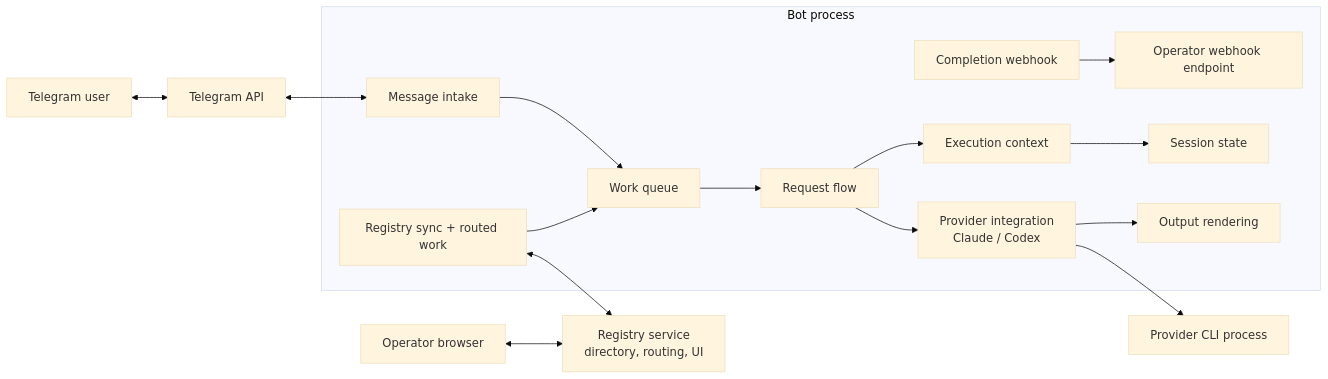
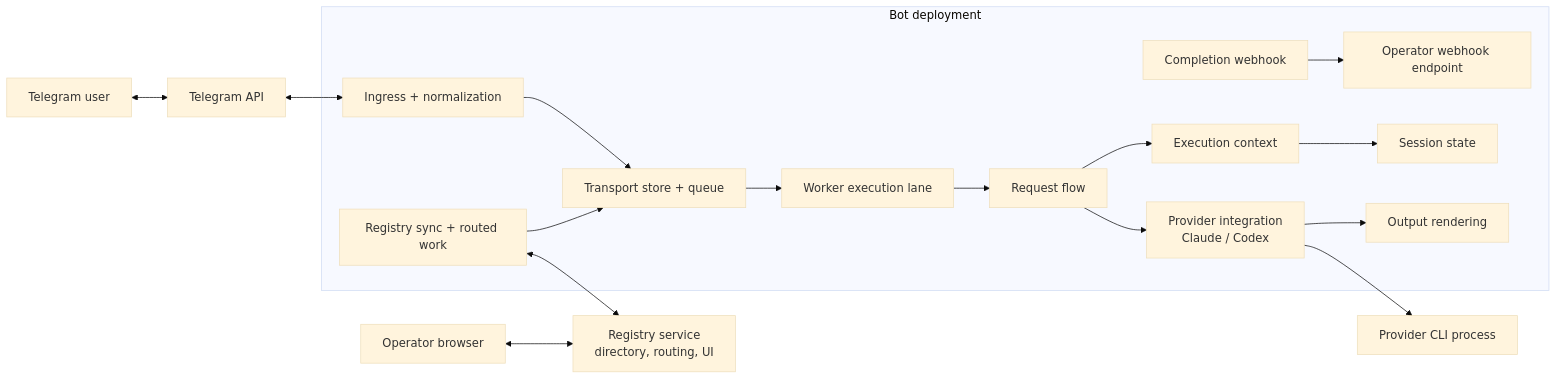
Before and after one commit to privacynow/octopus: the first of 8 diagrams in docs/ARCHITECTURE.md, drawn with Mermaid (base theme). The commit also changed other lines of this file and 12 other files, not shown here.

````diff
--- a/docs/ARCHITECTURE.md
+++ b/docs/ARCHITECTURE.md
@@ -71,31 +83,33 @@
 ```mermaid
 flowchart LR
     U["Telegram user"] <--> TG["Telegram API"]
     OB["Operator browser"] <--> REG["Registry service<br/>directory, routing, UI"]
     WHK["Operator webhook endpoint"]
 
-    subgraph BOT["Bot process"]
-        MSG["Message intake"]
-        QUEUE["Work queue"]
+    subgraph BOT["Bot deployment"]
+        IN["Ingress + normalization"]
+        QUEUE["Transport store + queue"]
+        WORKER["Worker execution lane"]
         STATE["Session state"]
         FLOW["Request flow"]
         EXEC["Execution context"]
         PROV["Provider integration<br/>Claude / Codex"]
         OUT["Output rendering"]
         REGSYNC["Registry sync + routed work"]
         WEBHOOK["Completion webhook"]
 
-        MSG --> QUEUE
-        QUEUE --> FLOW
+        IN --> QUEUE
+        QUEUE --> WORKER
+        WORKER --> FLOW
         FLOW --> EXEC
         EXEC --> STATE
         FLOW --> PROV
         PROV --> OUT
         REGSYNC --> QUEUE
         WEBHOOK --> WHK
     end
 
-    TG <--> MSG
+    TG <--> IN
     REGSYNC <--> REG
     PROV --> CLI["Provider CLI process"]
 ```
````
